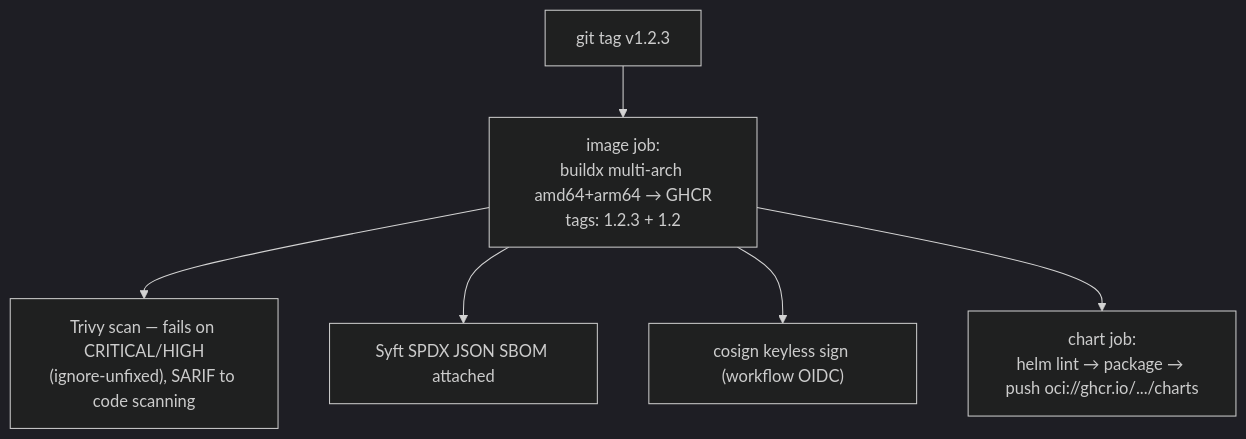
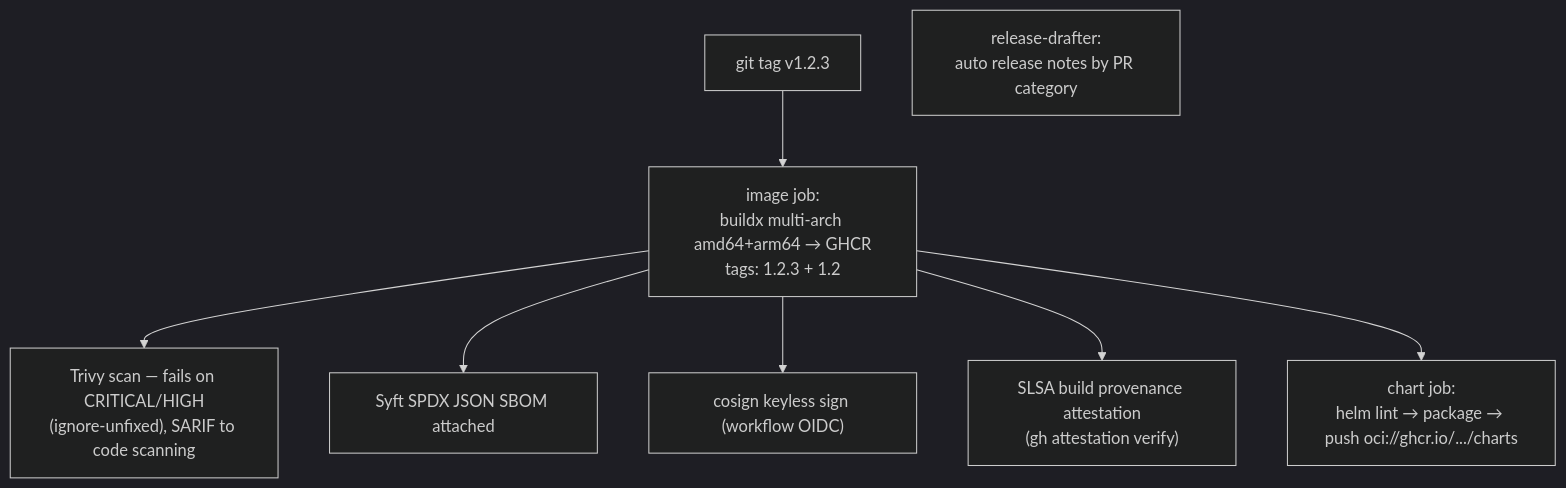
The second of 2 diagrams in docs/architecture/13-deployment-and-operations.md (abc0990cba/go-template), drawn with Mermaid (dark theme) before and after one commit. The commit also changed other lines of this file and 90 other files, not shown here.

````diff
--- a/docs/architecture/13-deployment-and-operations.md
+++ b/docs/architecture/13-deployment-and-operations.md
@@ -80,8 +87,10 @@
 ```mermaid
 flowchart TB
     T["git tag v1.2.3"] --> IMG["image job:<br/>buildx multi-arch amd64+arm64 → GHCR<br/>tags: 1.2.3 + 1.2"]
     IMG --> SCAN["Trivy scan — fails on CRITICAL/HIGH<br/>(ignore-unfixed), SARIF to code scanning"]
     IMG --> SBOM["Syft SPDX JSON SBOM attached"]
     IMG --> SIGN["cosign keyless sign (workflow OIDC)"]
+    IMG --> SLSA["SLSA build provenance attestation<br/>(gh attestation verify)"]
     IMG --> CH["chart job:<br/>helm lint → package → push oci://ghcr.io/.../charts"]
+    R["release-drafter:<br/>auto release notes by PR category"]
 ```
````
